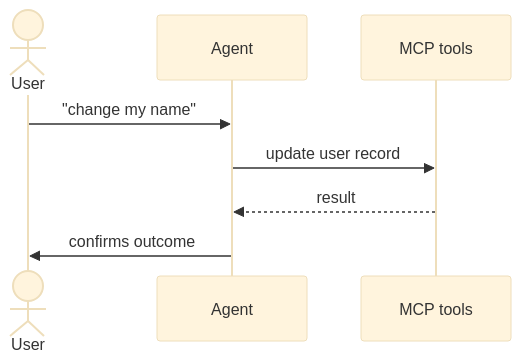
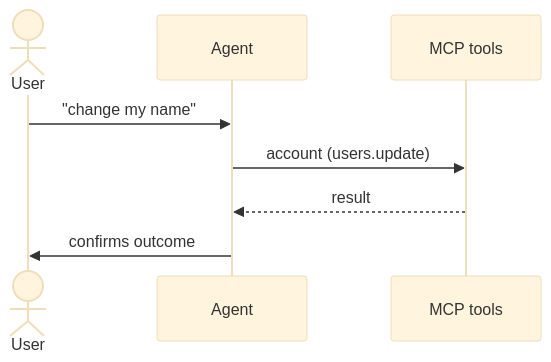
One commit to DACdigital/OpenBBC changed the diagram in bbc-discovery/flow-map-compiler/skills/flow-map-compiler/tests/fixtures/sample-nextjs/.flow-map/flows/update-profile.md. Above: the diagram before and after it, drawn with Mermaid (base theme). The commit also changed other lines of this file and 38 other files, not shown here.

First line of the commit message:
flow-map v2: realign discovery output (domain skills + endpoints) (#31)

````diff
--- a/bbc-discovery/flow-map-compiler/skills/flow-map-compiler/tests/fixtures/sample-nextjs/.flow-map/flows/update-profile.md
+++ b/bbc-discovery/flow-map-compiler/skills/flow-map-compiler/tests/fixtures/sample-nextjs/.flow-map/flows/update-profile.md
@@ -59,11 +58,11 @@
 ```mermaid
 sequenceDiagram
   actor User
   participant Agent
   participant T as MCP tools
 
   User->>Agent: "change my name"
-  Agent->>T: update user record
+  Agent->>T: account (users.update)
   T-->>Agent: result
   Agent->>User: confirms outcome
 ```
````
